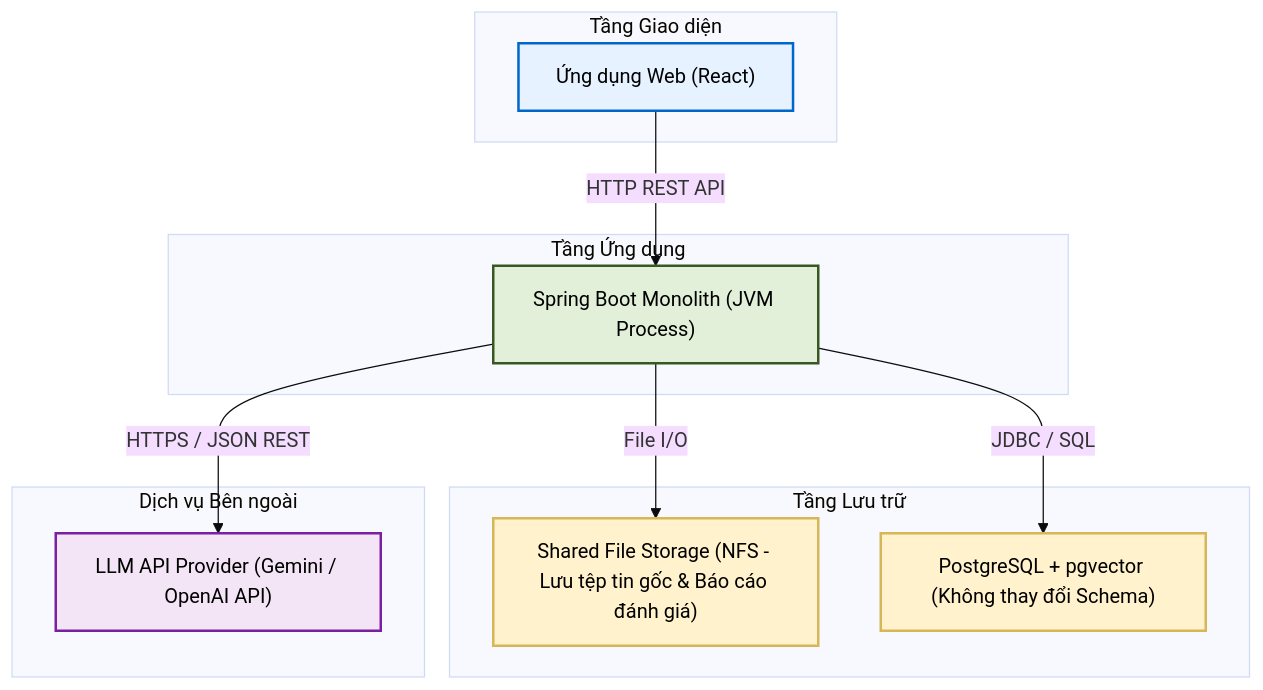
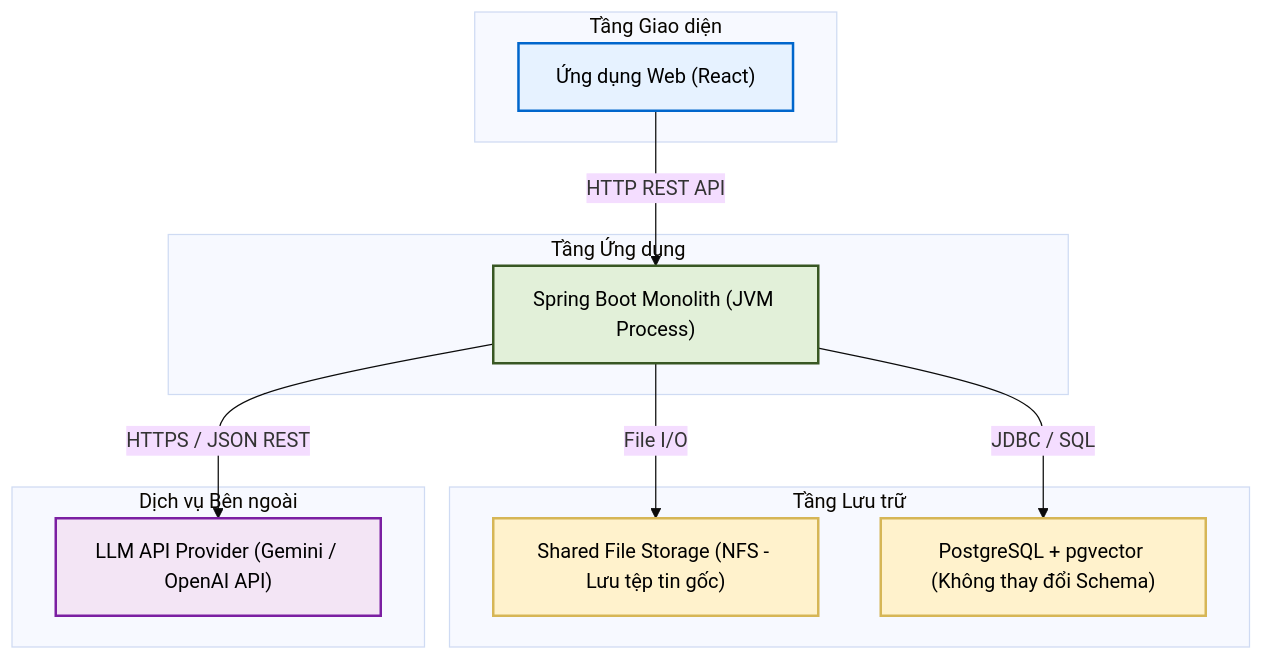
The first of 2 diagrams in eap/docs/week5/ArchitectureDesign.md (thanhhuong1523/enterprise-ai-systems), drawn with Mermaid (base theme) before and after one commit. The commit also changed other lines of this file and 2 other files, not shown here.

````diff
--- a/eap/docs/week5/ArchitectureDesign.md
+++ b/eap/docs/week5/ArchitectureDesign.md
@@ -65,30 +63,30 @@
 ```mermaid
 graph TB
     subgraph ClientLayer["Tầng Giao diện"]
         WebApp["Ứng dụng Web (React)"]
     end
 
     subgraph AppLayer["Tầng Ứng dụng"]
         SpringBootApp["Spring Boot Monolith (JVM Process)"]
     end
 
     subgraph StorageLayer["Tầng Lưu trữ"]
-        FileStorage["Shared File Storage (NFS - Lưu tệp tin gốc & Báo cáo đánh giá)"]
+        FileStorage["Shared File Storage (NFS - Lưu tệp tin gốc)"]
         PostgresDB["PostgreSQL + pgvector (Không thay đổi Schema)"]
     end
 
     subgraph ExternalServices["Dịch vụ Bên ngoài"]
         LLM_Provider["LLM API Provider (Gemini / OpenAI API)"]
     end
 
     WebApp -->|HTTP REST API| SpringBootApp
     SpringBootApp -->|File I/O| FileStorage
     SpringBootApp -->|JDBC / SQL| PostgresDB
     SpringBootApp -->|HTTPS / JSON REST| LLM_Provider
 
     style WebApp fill:#E6F2FF,stroke:#0066CC,stroke-width:2px,color:#000000
     style SpringBootApp fill:#E2F0D9,stroke:#385723,stroke-width:2px,color:#000000
     style FileStorage fill:#FFF2CC,stroke:#D6B656,stroke-width:2px,color:#000000
     style PostgresDB fill:#FFF2CC,stroke:#D6B656,stroke-width:2px,color:#000000
     style LLM_Provider fill:#F3E5F5,stroke:#7B1FA2,stroke-width:2px,color:#000000
 ```
````
